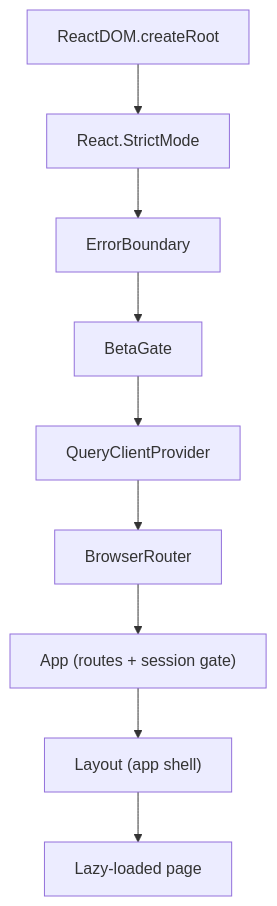
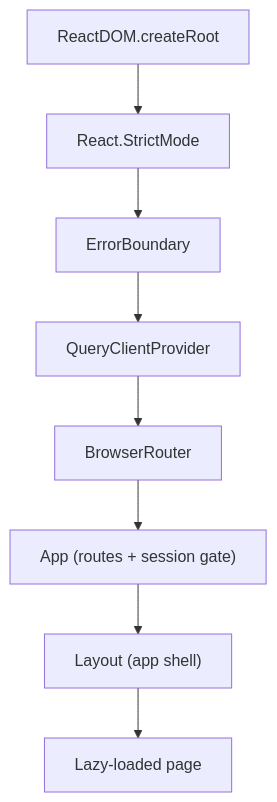
One commit to fjaeckel/ninerlog-frontend changed the third of 15 diagrams in docs/DEVELOPER_GUIDE.md. Above: the diagram before and after it, drawn with Mermaid. The commit also changed 6 other files, not shown here.

First line of the commit message:
refactor: remove the beta access gate

````diff
--- a/docs/DEVELOPER_GUIDE.md
+++ b/docs/DEVELOPER_GUIDE.md
@@ -137,12 +137,11 @@
 ```mermaid
 graph TB
     Root["ReactDOM.createRoot"]
     Root --> SM["React.StrictMode"]
     SM --> EB["ErrorBoundary"]
-    EB --> BG["BetaGate"]
-    BG --> QCP["QueryClientProvider"]
+    EB --> QCP["QueryClientProvider"]
     QCP --> BR["BrowserRouter"]
     BR --> App["App (routes + session gate)"]
     App --> Layout["Layout (app shell)"]
     Layout --> Page["Lazy-loaded page"]
 ```
````
